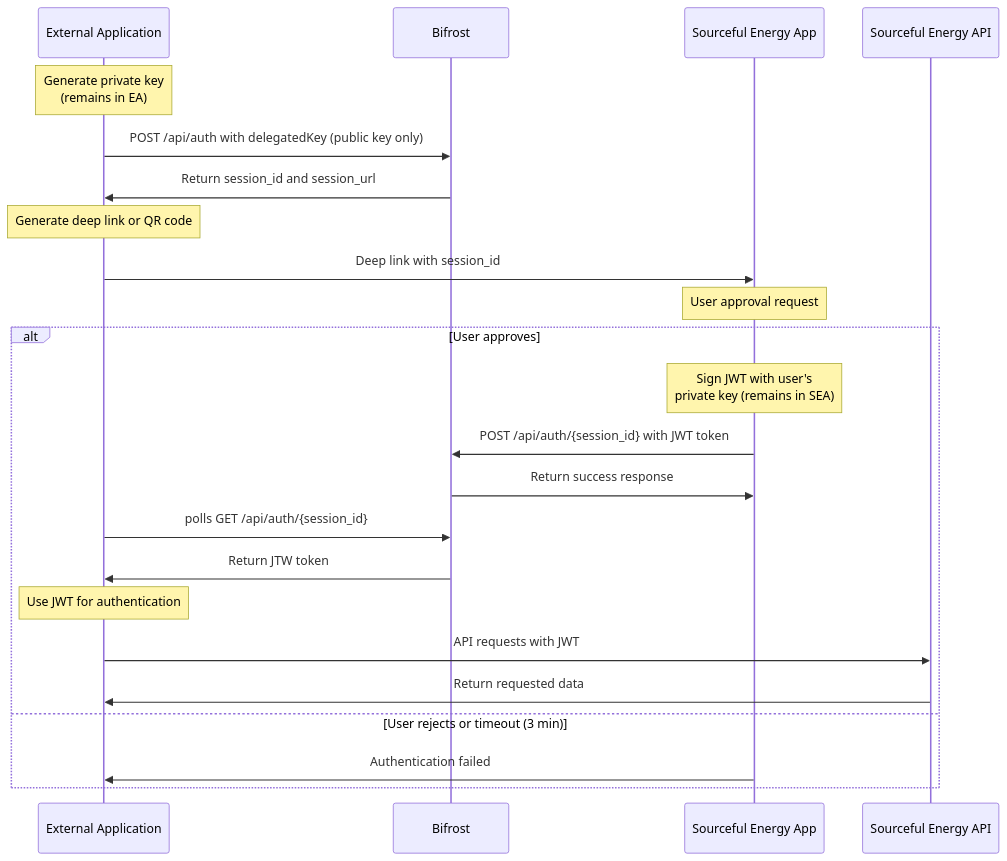
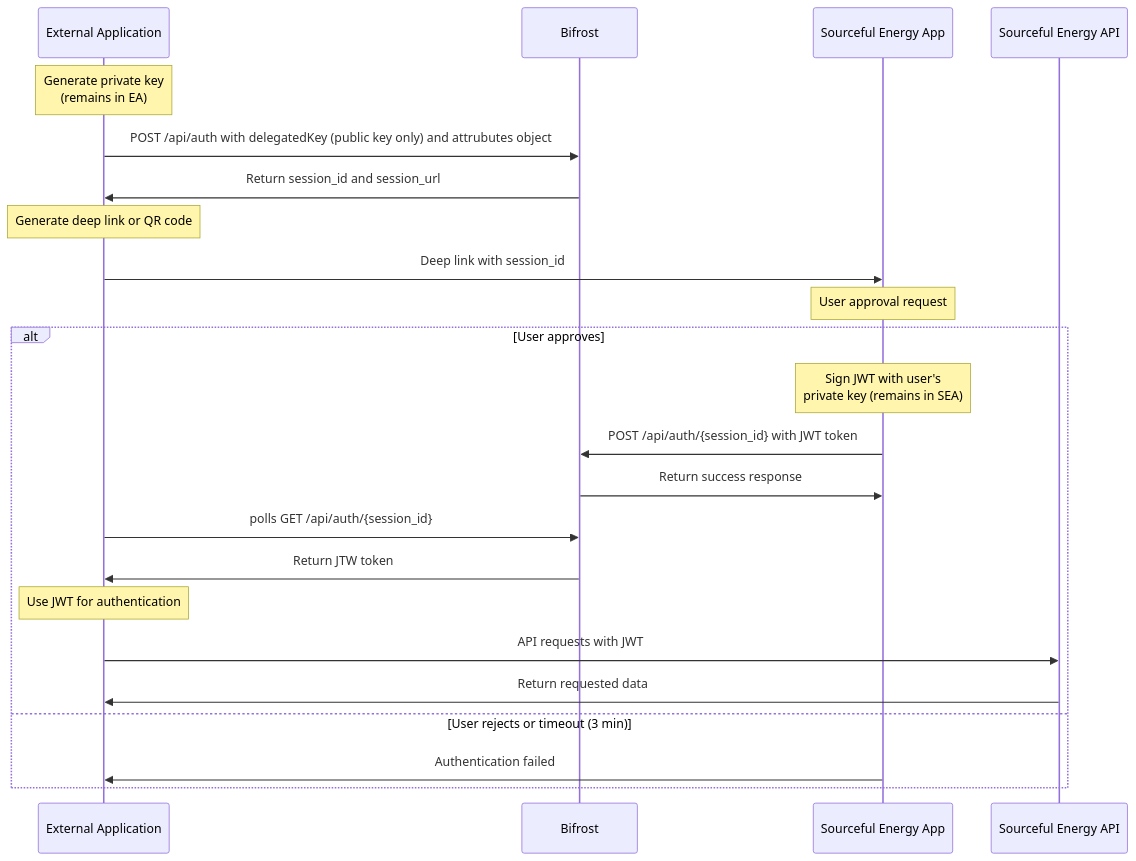
Before and after one commit to srcfl/srcful-documentation: the second of 4 diagrams in docs/developer/auth.md, drawn with Mermaid. The commit also changed other lines of this file, not shown here.

Commit message:
Update auth.md with session and token attributes

````diff
--- a/docs/developer/auth.md
+++ b/docs/developer/auth.md
@@ -28,30 +28,30 @@
 ```mermaid
 sequenceDiagram
     participant EA as External Application
     participant BF as Bifrost
     participant SEA as Sourceful Energy App
     participant API as Sourceful Energy API
     
     Note over EA: Generate private key<br/>(remains in EA)
-    EA->>BF: POST /api/auth with delegatedKey (public key only)
+    EA->>BF: POST /api/auth with delegatedKey (public key only) and attrubutes object
     BF->>EA: Return session_id and session_url
     
     Note over EA: Generate deep link or QR code
     EA->>SEA: Deep link with session_id
     
     Note over SEA: User approval request
     
     alt User approves
         Note over SEA: Sign JWT with user's<br/>private key (remains in SEA)
         SEA->>BF: POST /api/auth/{session_id} with JWT token
         BF->>SEA: Return success response
         EA->>BF: polls GET /api/auth/{session_id}
         BF->>EA: Return JTW token
         
         Note over EA: Use JWT for authentication
         EA->>API: API requests with JWT
         API->>EA: Return requested data
     else User rejects or timeout (3 min)
         SEA->>EA: Authentication failed
     end
 ```
````
